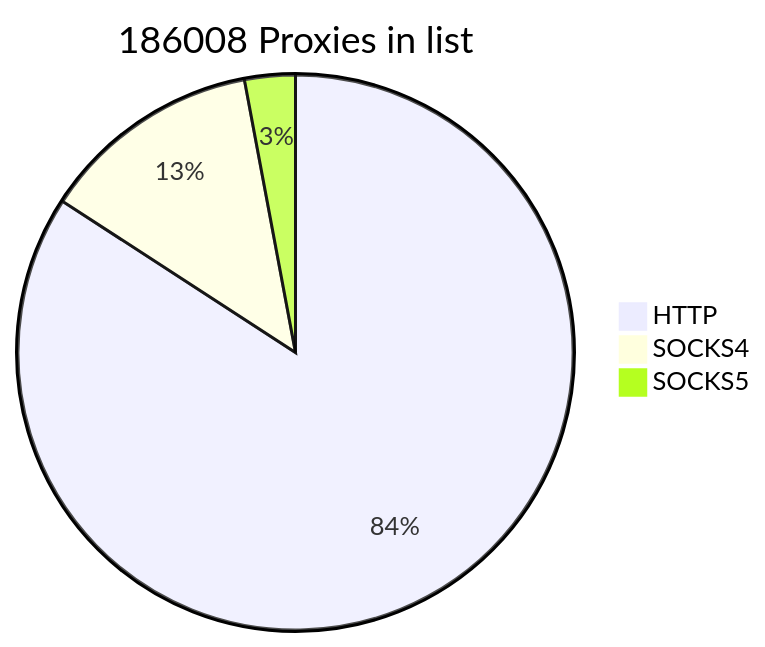
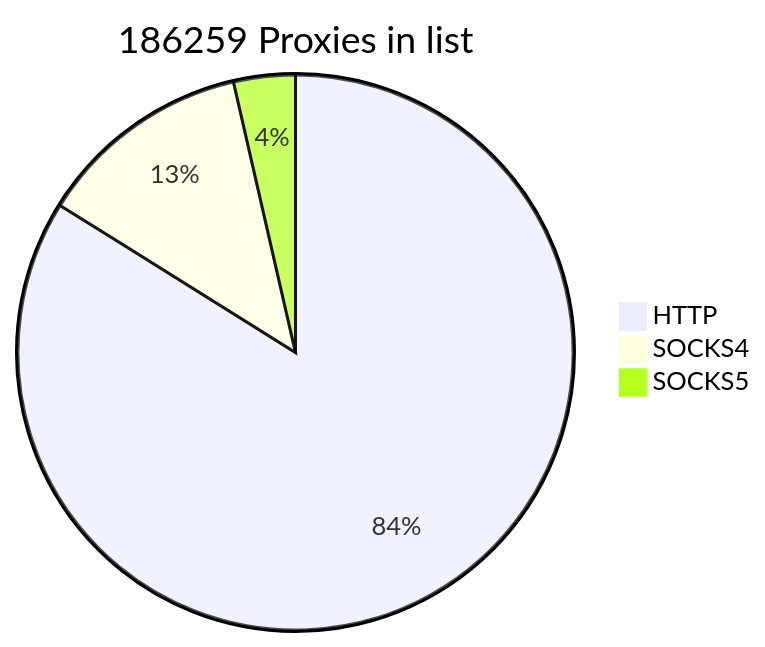
Before and after one commit to cutipu/proxylist: the first of 2 diagrams in README.md, drawn with Mermaid. The commit also changed other lines of this file, not shown here.

````diff
--- a/README.md
+++ b/README.md
@@ -2,7 +2,7 @@
 ```mermaid
-pie title 186008 Proxies in list
-    "HTTP" : 156552
-    "SOCKS4" : 23973
-    "SOCKS5" : 5483
+pie title 186259 Proxies in list
+    "HTTP" : 156250
+    "SOCKS4" : 23329
+    "SOCKS5" : 6680
             
 ```
````
